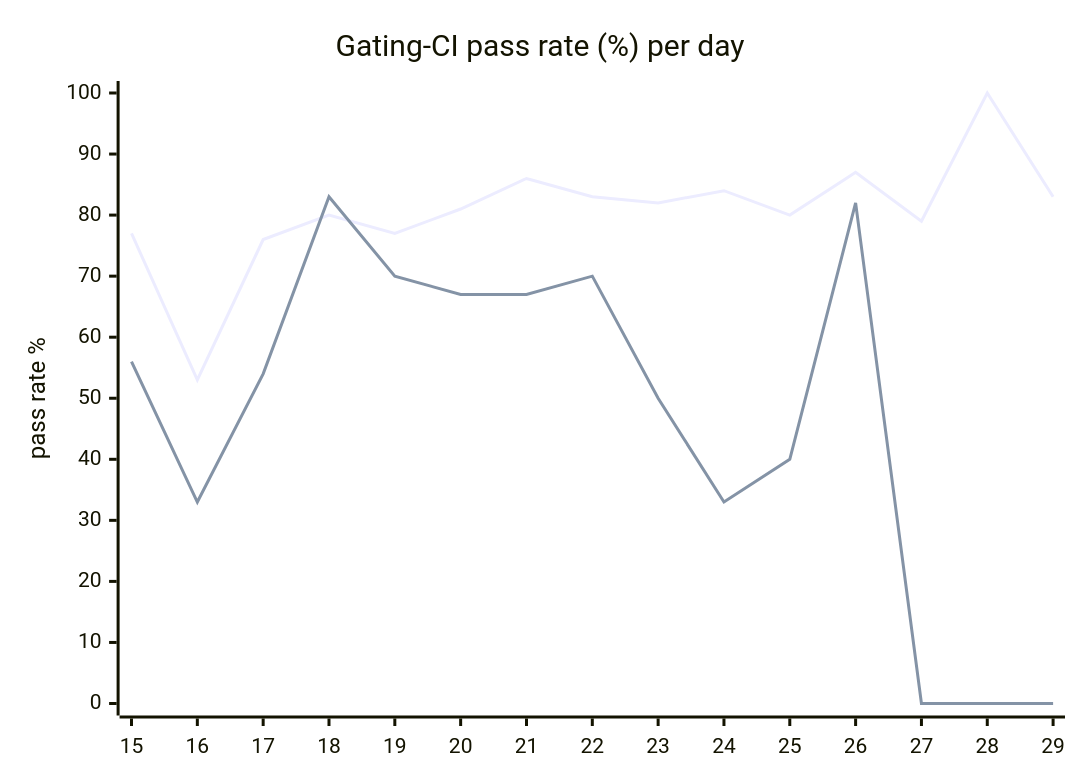
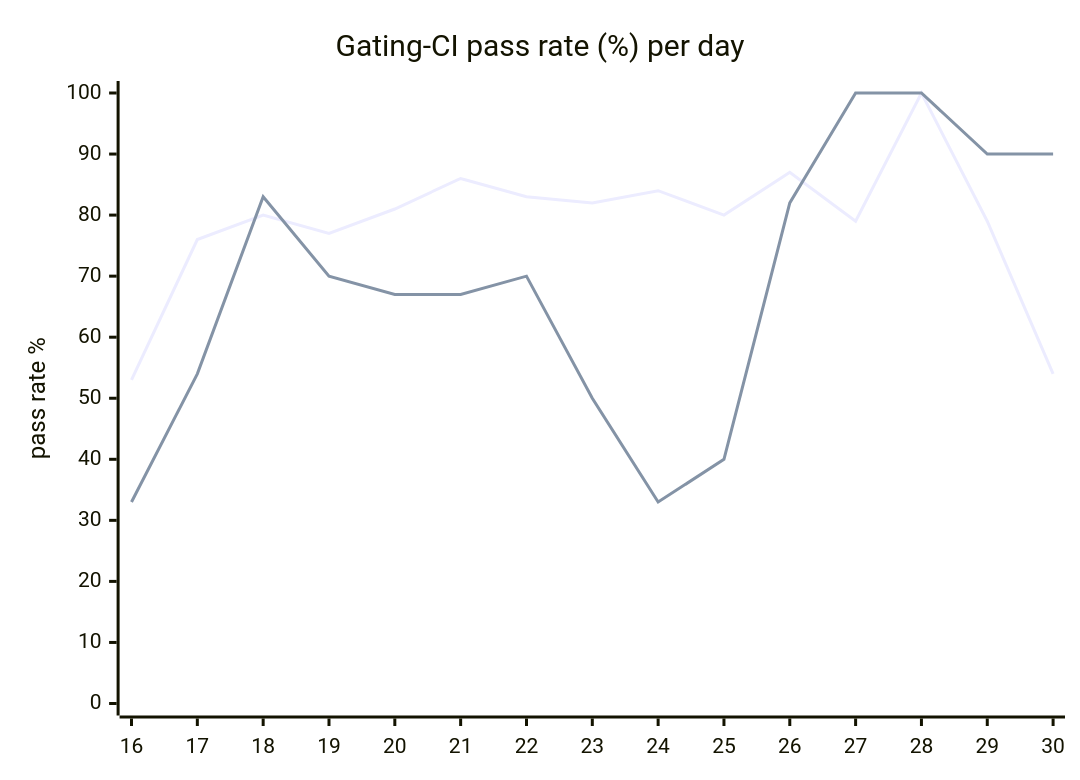
One commit to hatchet-dev/hatchet changed the diagram in hack/ci/ci-dashboard/staging/issue.md. Above: the diagram before and after it, drawn with Mermaid. The commit also changed other lines of this file, not shown here.

````diff
--- a/hack/ci/ci-dashboard/staging/issue.md
+++ b/hack/ci/ci-dashboard/staging/issue.md
@@ -9,8 +9,8 @@
 ```mermaid
 xychart-beta
   title "Gating-CI pass rate (%) per day"
-  x-axis [15, 16, 17, 18, 19, 20, 21, 22, 23, 24, 25, 26, 27, 28, 29]
+  x-axis [16, 17, 18, 19, 20, 21, 22, 23, 24, 25, 26, 27, 28, 29, 30]
   y-axis "pass rate %" 0 --> 100
-  line "CI" [77, 53, 76, 80, 77, 81, 86, 83, 82, 84, 80, 87, 79, 100, 83]
-  line "main" [56, 33, 54, 83, 70, 67, 67, 70, 50, 33, 40, 82, 0, 0, 0]
+  line "CI" [53, 76, 80, 77, 81, 86, 83, 82, 84, 80, 87, 79, 100, 79, 54]
+  line "main" [33, 54, 83, 70, 67, 67, 70, 50, 33, 40, 82, 100, 100, 90, 90]
 ```
````
